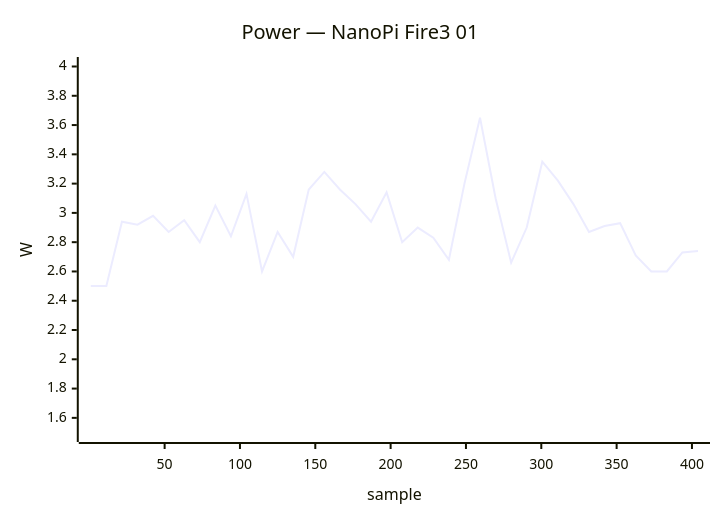
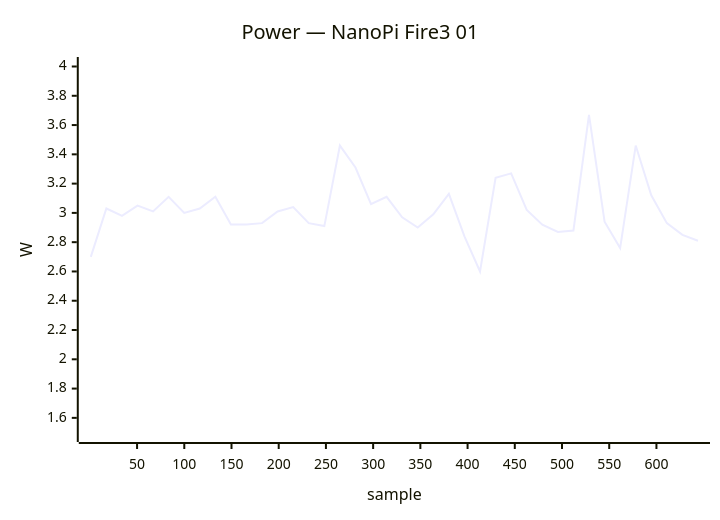
Diagram 19 of 40 in docs/status/board-tests.md (armbian/documentation), drawn with Mermaid before and after one commit. The commit also changed other lines of this file, not shown here.

````diff
--- a/docs/status/board-tests.md
+++ b/docs/status/board-tests.md
@@ -837,7 +843,7 @@
 ```mermaid
 xychart-beta
     title "Power — NanoPi Fire3 01"
-    x-axis "sample" 1 --> 404
+    x-axis "sample" 1 --> 644
     y-axis "W" 1.5 --> 4.0
-    line [2.50, 2.50, 2.94, 2.92, 2.98, 2.87, 2.95, 2.80, 3.05, 2.84, 3.13, 2.60, 2.87, 2.70, 3.16, 3.28, 3.16, 3.06, 2.94, 3.14, 2.80, 2.90, 2.83, 2.68, 3.20, 3.65, 3.10, 2.66, 2.90, 3.35, 3.22, 3.06, 2.87, 2.91, 2.93, 2.71, 2.60, 2.60, 2.73, 2.74]
+    line [2.70, 3.03, 2.98, 3.05, 3.01, 3.11, 3.00, 3.03, 3.11, 2.92, 2.92, 2.93, 3.01, 3.04, 2.93, 2.91, 3.46, 3.31, 3.06, 3.11, 2.97, 2.90, 2.99, 3.13, 2.84, 2.60, 3.24, 3.27, 3.02, 2.92, 2.87, 2.88, 3.67, 2.94, 2.76, 3.46, 3.12, 2.93, 2.85, 2.81]
 ```
````
